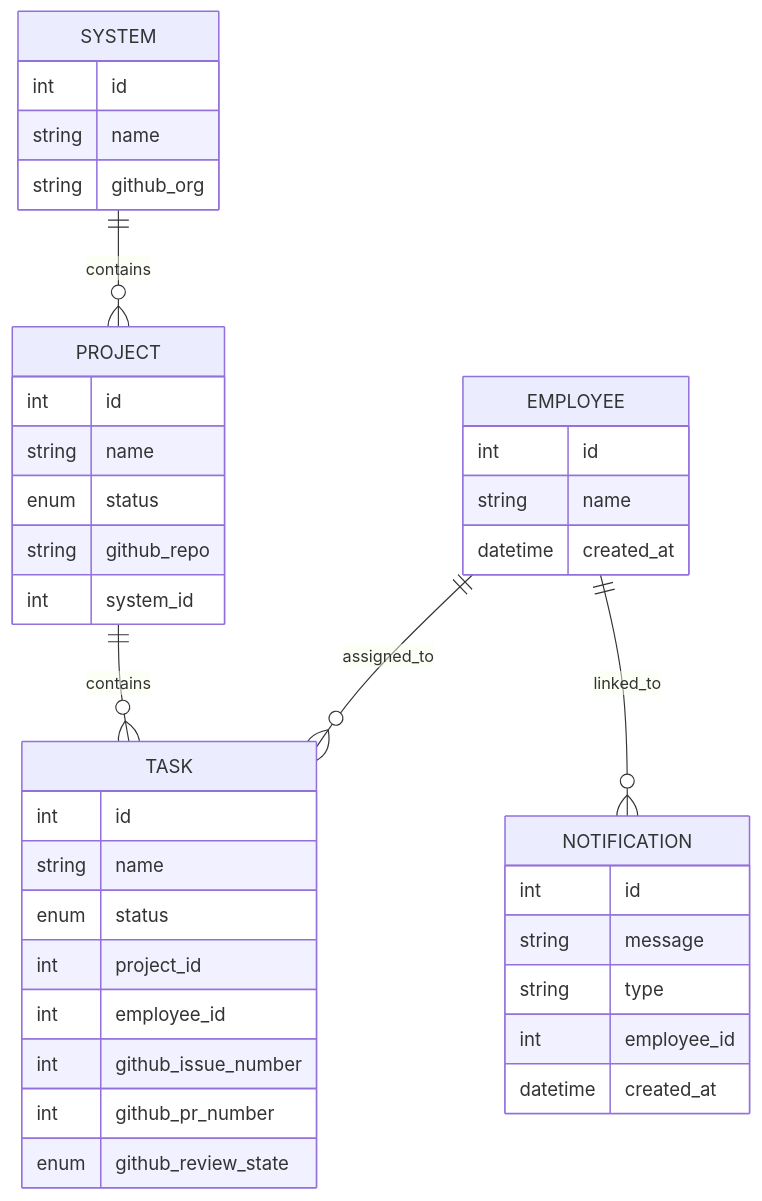
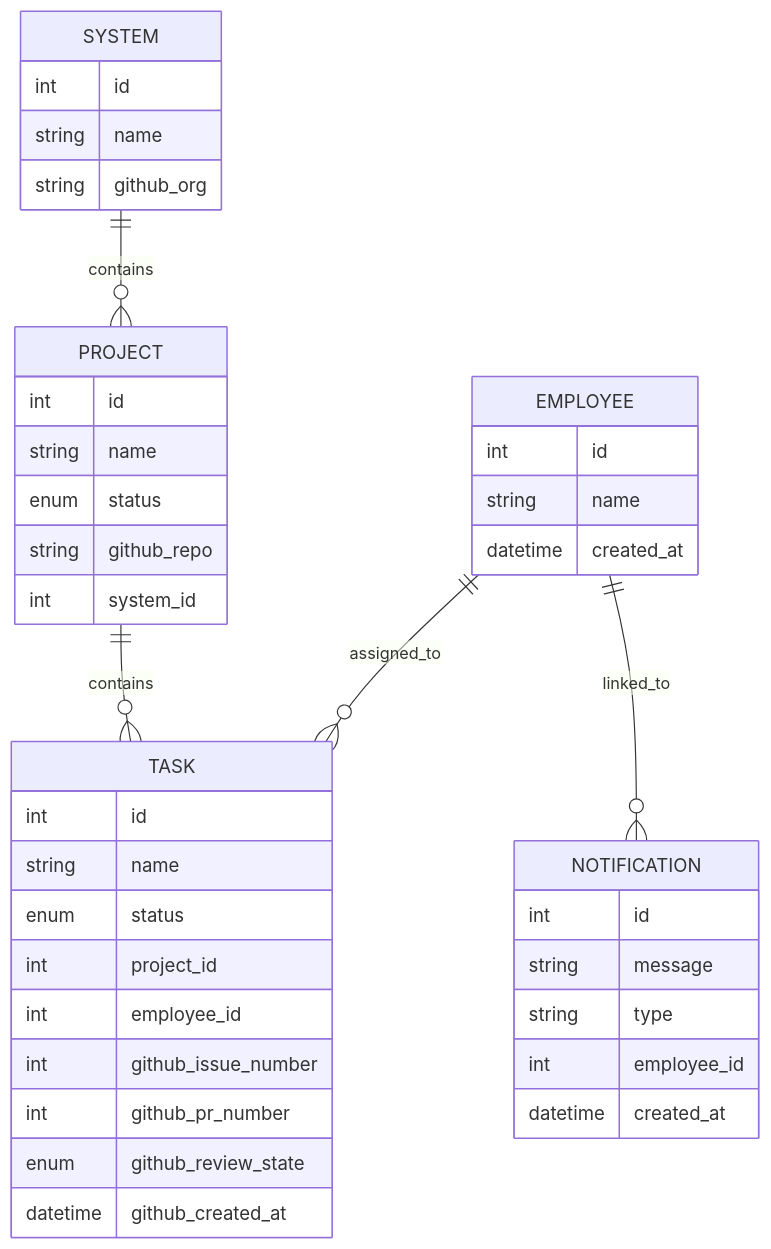
The diagram in docs/domains/business_logic.md (jjdiazdev/Vision), drawn with Mermaid before and after one commit. The commit also changed other lines of this file and 28 other files, not shown here.

````diff
--- a/docs/domains/business_logic.md
+++ b/docs/domains/business_logic.md
@@ -10,46 +10,47 @@
 ```mermaid
 erDiagram
     EMPLOYEE ||--o{ TASK : assigned_to
     SYSTEM ||--o{ PROJECT : contains
     PROJECT ||--o{ TASK : contains
 
     EMPLOYEE {
         int id
         string name
         datetime created_at
     }
 
     SYSTEM {
         int id
         string name
         string github_org
     }
 
     PROJECT {
         int id
         string name
         enum status
         string github_repo
         int system_id
     }
 
     TASK {
         int id
         string name
         enum status
         int project_id
         int employee_id
         int github_issue_number
         int github_pr_number
         enum github_review_state
+        datetime github_created_at
     }
 
     NOTIFICATION {
         int id
         string message
         string type
         int employee_id
         datetime created_at
     }
     EMPLOYEE ||--o{ NOTIFICATION : linked_to
 ```
````
